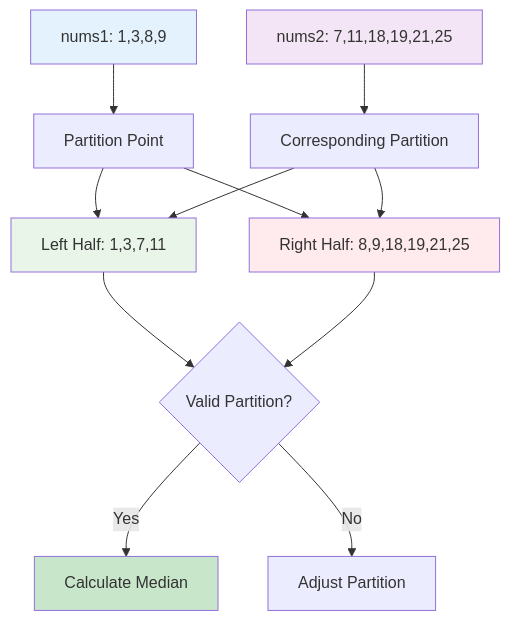
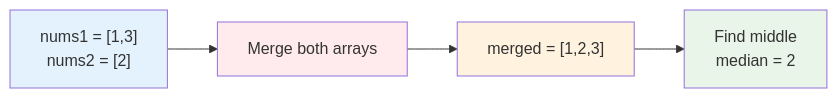
Before and after one commit to LuckyLongre123/DSA_CPP: the second of 25 diagrams in Day_043/README.md, drawn with Mermaid. The commit also changed other lines of this file and 10 other files, not shown here.

````diff
--- a/Day_043/README.md
+++ b/Day_043/README.md
@@ -60,21 +72,11 @@
 ```mermaid
-flowchart TD
-    A[nums1: 1,3,8,9] --> B[Partition Point]
-    C[nums2: 7,11,18,19,21,25] --> D[Corresponding Partition]
-    
-    B --> E[Left Half: 1,3,7,11]
-    D --> E
-    B --> F[Right Half: 8,9,18,19,21,25]
-    D --> F
-    
-    E --> G{Valid Partition?}
-    F --> G
-    G -->|Yes| H[Calculate Median]
-    G -->|No| I[Adjust Partition]
+flowchart LR
+    A["nums1 = [1,3]<br/>nums2 = [2]"] --> B["Merge both arrays"]
+    B --> C["merged = [1,2,3]"]
+    C --> D["Find middle<br/>median = 2"]
     
     style A fill:#e3f2fd
-    style C fill:#f3e5f5
-    style E fill:#e8f5e8
-    style F fill:#ffebee
-    style H fill:#c8e6c9
+    style B fill:#ffebee
+    style C fill:#fff3e0
+    style D fill:#e8f5e8
 ```
````
